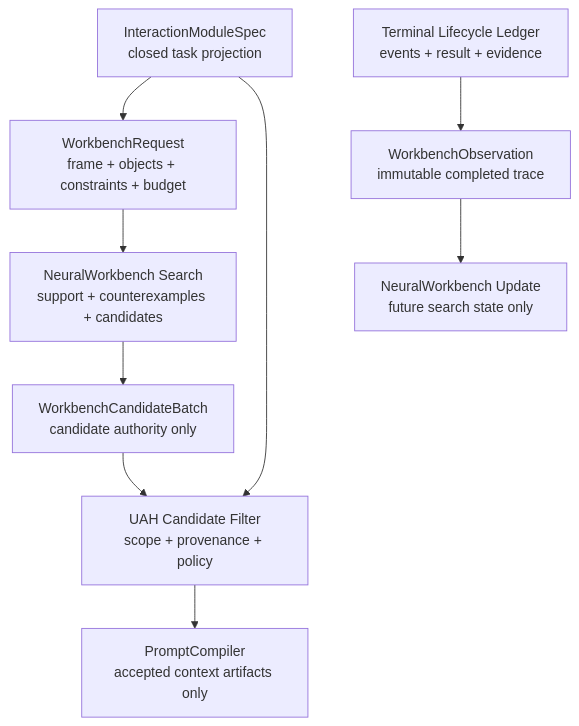
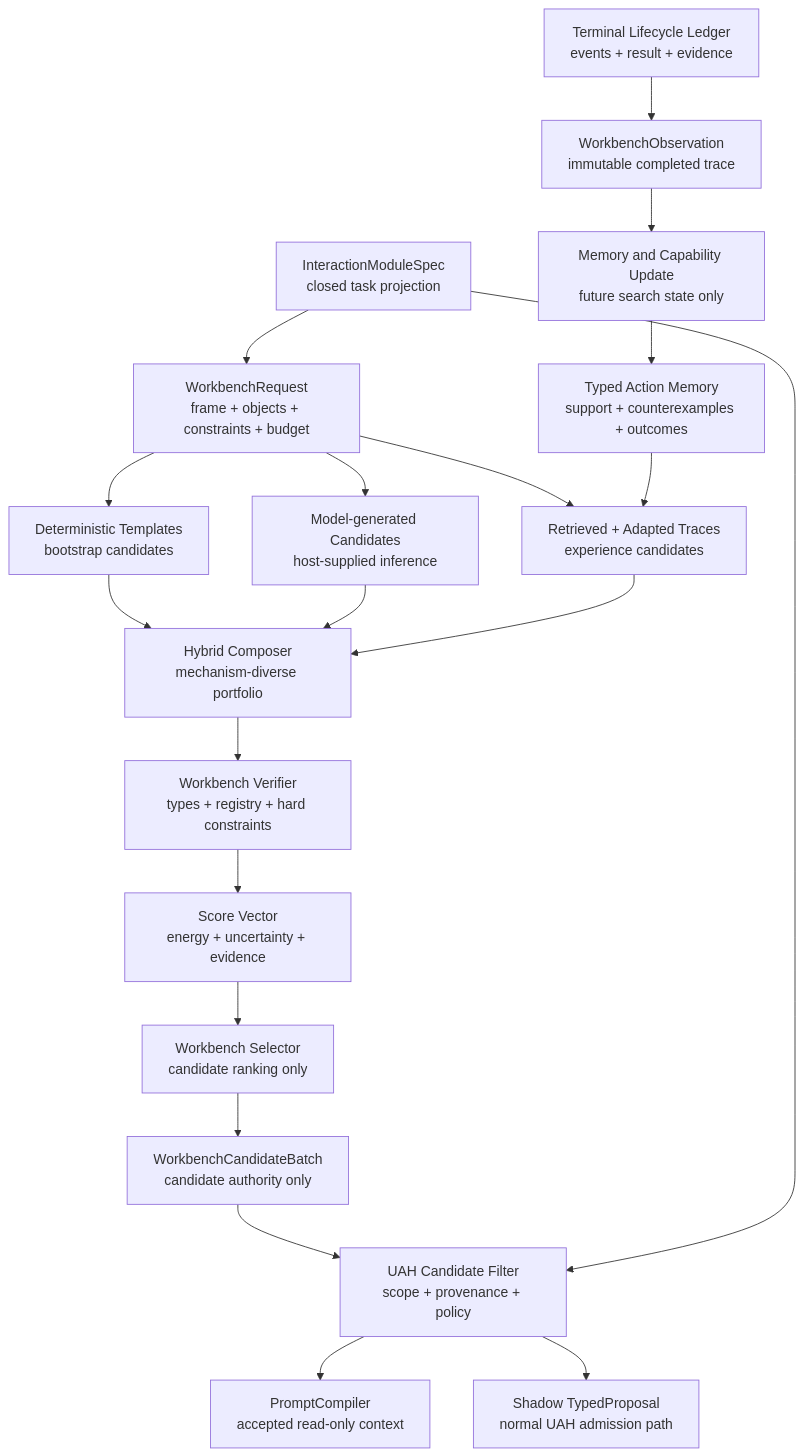
Before and after one commit to ieverythng/universal-agentic-harness: the first of 2 diagrams in docs/architecture/neural_workbench_adaptive_ab_harness.md, drawn with Mermaid. The commit also changed other lines of this file and 26 other files, not shown here.

````diff
--- a/docs/architecture/neural_workbench_adaptive_ab_harness.md
+++ b/docs/architecture/neural_workbench_adaptive_ab_harness.md
@@ -309,21 +333,40 @@
 ```mermaid
-%% uah-render: Figure 1. Bounded Workbench search before a call and observation after a run
+%% uah-render: Figure 1. H3 Workbench muscle-memory loop within UAH authority
 flowchart TB
     Module["InteractionModuleSpec<br/>closed task projection"]:::projection
     Request["WorkbenchRequest<br/>frame + objects + constraints + budget"]:::compiler
-    Search["NeuralWorkbench Search<br/>support + counterexamples + candidates"]:::model
+    Memory["Typed Action Memory<br/>support + counterexamples + outcomes"]:::trace
+    Templates["Deterministic Templates<br/>bootstrap candidates"]:::model
+    Generated["Model-generated Candidates<br/>host-supplied inference"]:::model
+    Retrieved["Retrieved + Adapted Traces<br/>experience candidates"]:::model
+    Hybrid["Hybrid Composer<br/>mechanism-diverse portfolio"]:::model
+    Verify["Workbench Verifier<br/>types + registry + hard constraints"]:::gate
+    Score["Score Vector<br/>energy + uncertainty + evidence"]:::model
+    Select["Workbench Selector<br/>candidate ranking only"]:::model
     Candidate["WorkbenchCandidateBatch<br/>candidate authority only"]:::proposal
     Filter["UAH Candidate Filter<br/>scope + provenance + policy"]:::gate
-    Prompt["PromptCompiler<br/>accepted context artifacts only"]:::compiler
+    Prompt["PromptCompiler<br/>accepted read-only context"]:::compiler
+    Shadow["Shadow TypedProposal<br/>normal UAH admission path"]:::proposal
     Ledger["Terminal Lifecycle Ledger<br/>events + result + evidence"]:::trace
     Observation["WorkbenchObservation<br/>immutable completed trace"]:::evidence
-    Learning["NeuralWorkbench Update<br/>future search state only"]:::model
+    Update["Memory and Capability Update<br/>future search state only"]:::model
     Module --> Request
-    Request --> Search
-    Search --> Candidate
+    Request --> Templates
+    Request --> Generated
+    Request --> Retrieved
+    Memory --> Retrieved
+    Templates --> Hybrid
+    Generated --> Hybrid
+    Retrieved --> Hybrid
+    Hybrid --> Verify
+    Verify --> Score
+    Score --> Select
+    Select --> Candidate
     Candidate --> Filter
     Module --> Filter
     Filter --> Prompt
+    Filter --> Shadow
     Ledger --> Observation
-    Observation --> Learning
+    Observation --> Update
+    Update --> Memory
 ```
````
